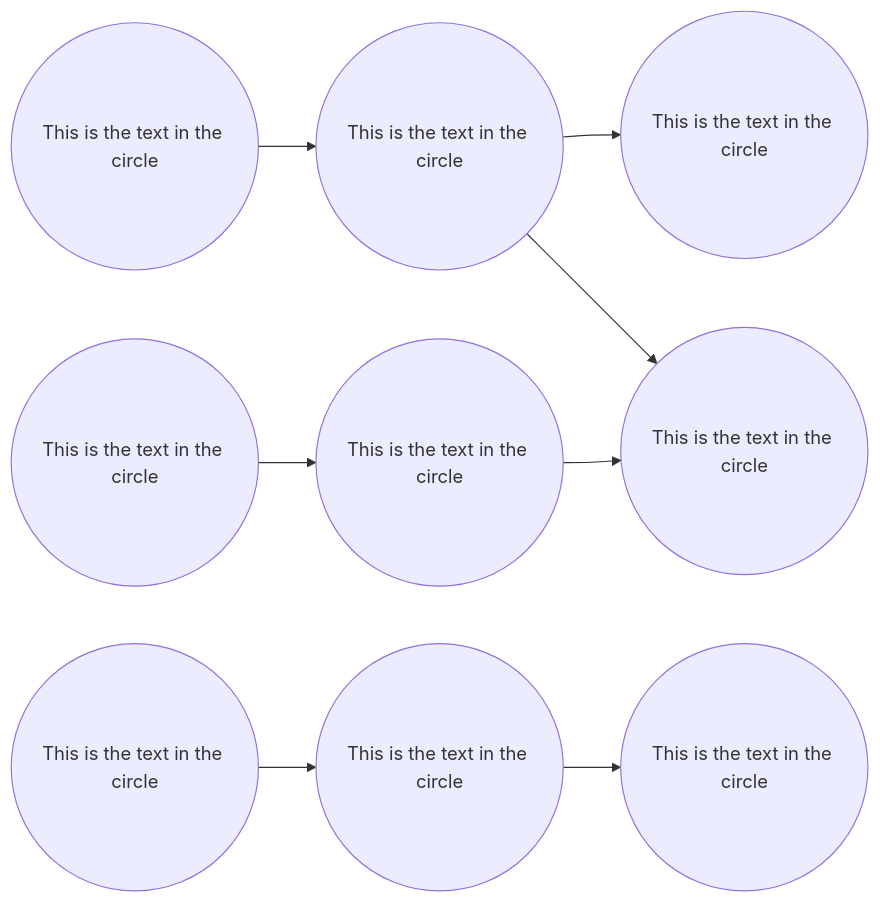
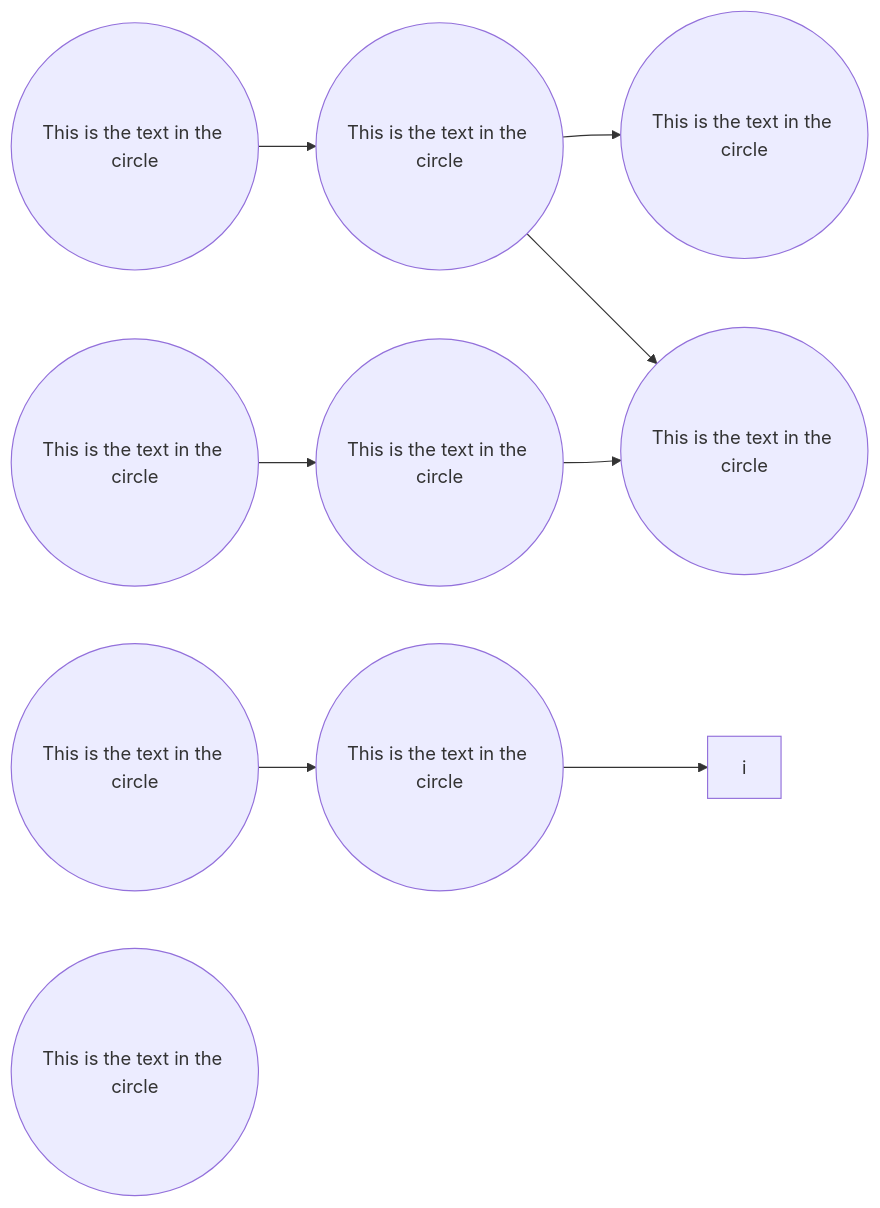
The second of 2 diagrams in slides.md (gerbssusd/dok), drawn with Mermaid before and after one commit.

````diff
--- a/slides.md
+++ b/slides.md
@@ -499,14 +499,14 @@
 ```mermaid {scale: .60}
 
 flowchart LR
     id1((This is the text in the circle)) -->
     id2((This is the text in the circle)) -->
     id3((This is the text in the circle))
        id3.1((This is the text in the circle))-->
        id3.2((This is the text in the circle))-->id4
    id2 --> id4((This is the text in the circle)) 
     id5((This is the text in the circle)) -->
-      id6((This is the text in the circle))-->  
+      id6((This is the text in the circle))--> i 
     id7((This is the text in the circle))
 
 ```
````
